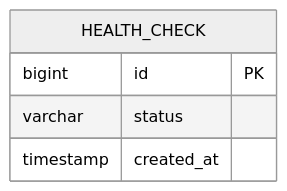
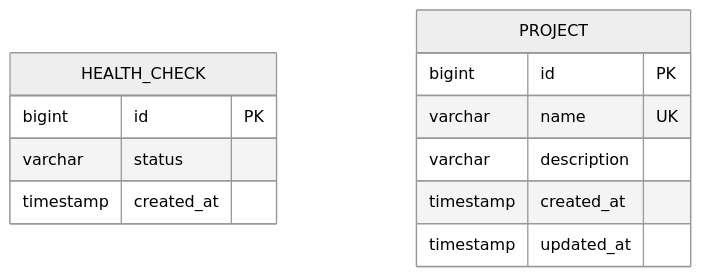
The fourth of 5 diagrams in .qoder/repowiki/zh/content/数据库设计.md (zhou9832/test1-qoder), drawn with Mermaid (neutral theme) before and after one commit. The commit also changed other lines of this file and 48 other files, not shown here.

````diff
--- a/.qoder/repowiki/zh/content/数据库设计.md
+++ b/.qoder/repowiki/zh/content/数据库设计.md
@@ -266,8 +397,15 @@
 ```mermaid
 erDiagram
 HEALTH_CHECK {
 bigint id PK
 varchar status
 timestamp created_at
 }
+PROJECT {
+bigint id PK
+varchar name UK
+varchar description
+timestamp created_at
+timestamp updated_at
+}
 ```
````
